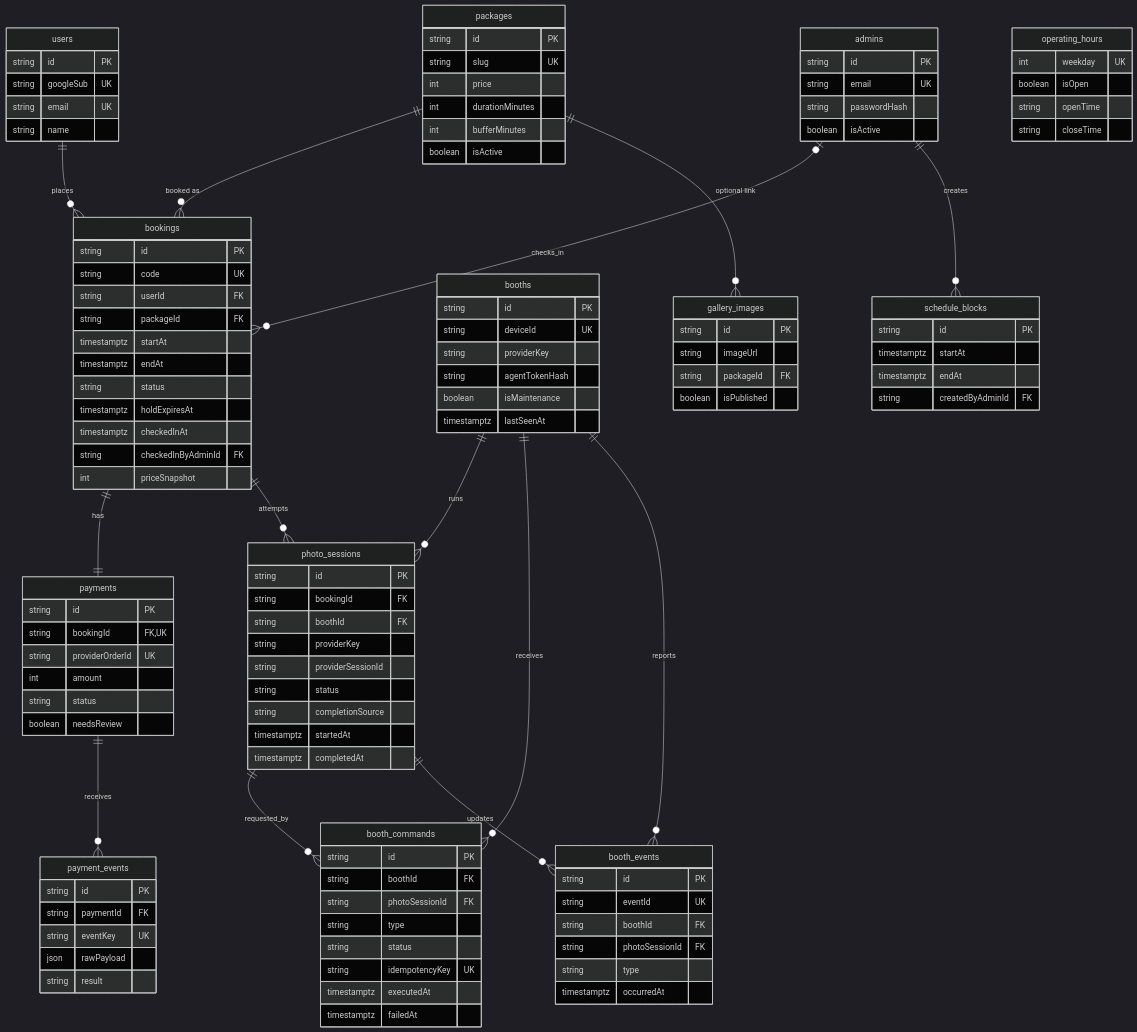
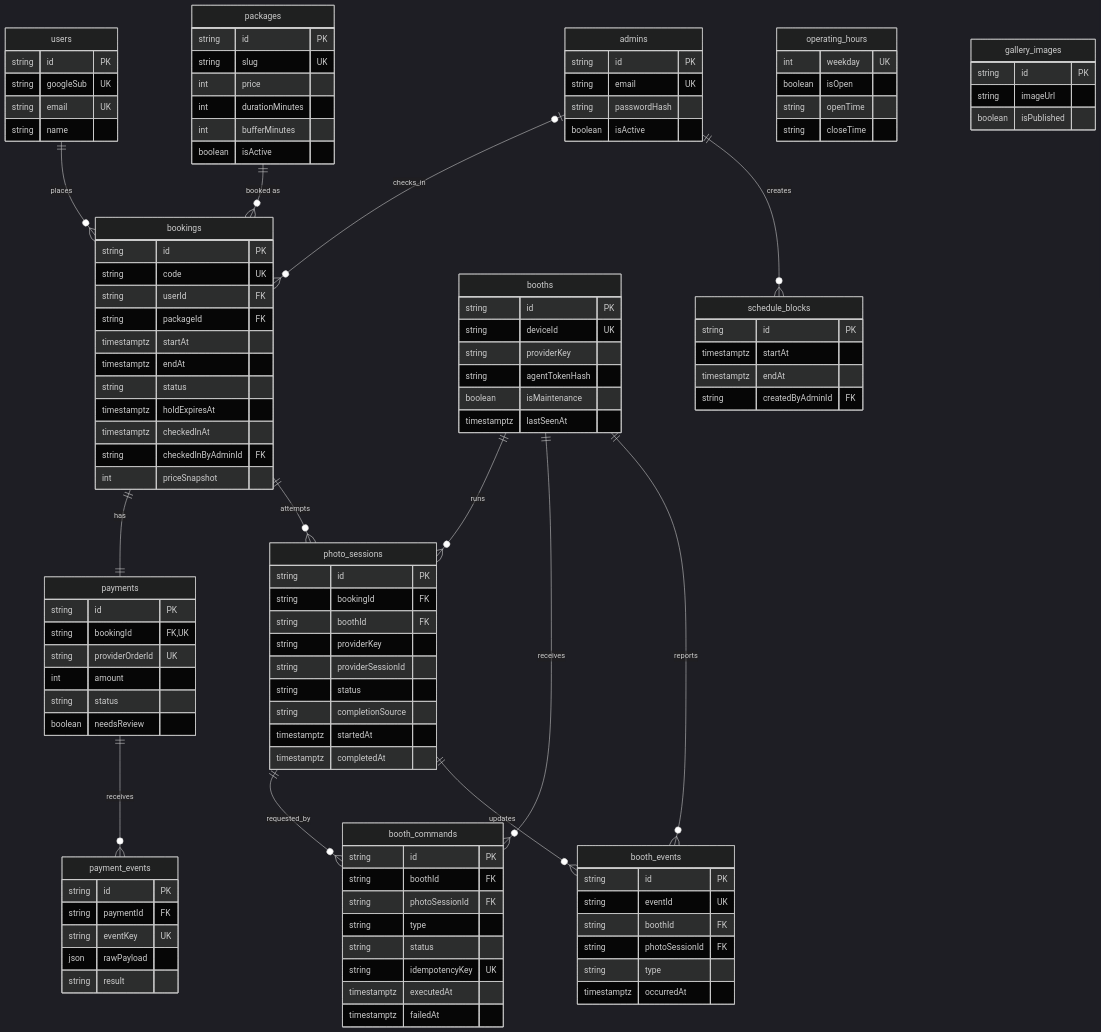
Before and after one commit to ryapps/fotiu: the second of 6 diagrams in docs/DESIGN.md, drawn with Mermaid (dark theme). The commit also changed other lines of this file and 8 other files, not shown here.

Commit message:
fix: remove caption and package in gallery

```diff
--- a/docs/DESIGN.md
+++ b/docs/DESIGN.md
@@ -227,7 +228,6 @@
     photo_sessions ||--o{ booth_events : updates
     payments ||--o{ payment_events : receives
     admins ||--o{ schedule_blocks : creates
-    packages ||--o{ gallery_images : "optional link"
 
     users {
         string id PK
@@ -292,7 +292,6 @@
     gallery_images {
         string id PK
         string imageUrl
-        string packageId FK
         boolean isPublished
     }
     booths {
```
